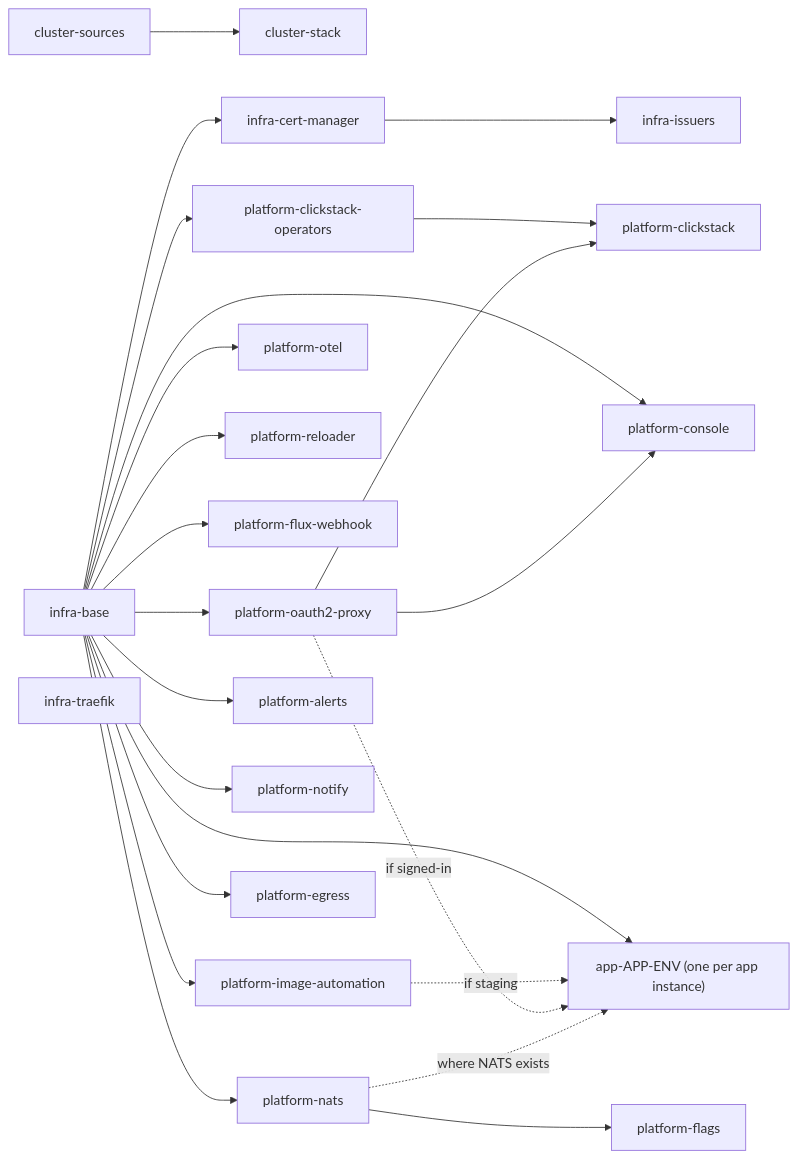
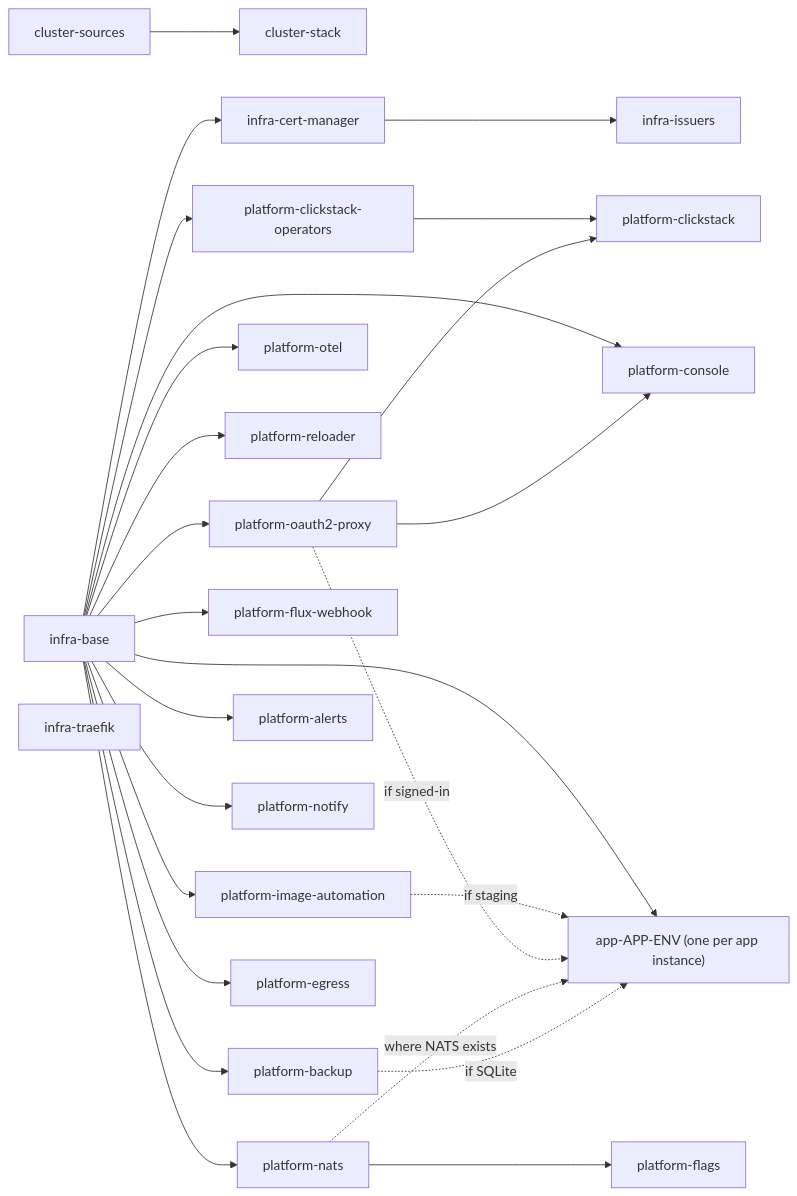
Before and after one commit to samclement/swhurl-platform: the second of 6 diagrams in docs/architecture.md, drawn with Mermaid. The commit also changed 7 other files, not shown here.

````diff
--- a/docs/architecture.md
+++ b/docs/architecture.md
@@ -63,23 +63,25 @@
 ```mermaid
 flowchart LR
   sources[cluster-sources] --> stack[cluster-stack]
   base[infra-base] --> cm[infra-cert-manager] --> issuers[infra-issuers]
   base --> auth[platform-oauth2-proxy]
   base --> ops[platform-clickstack-operators] --> clickstack[platform-clickstack]
   auth --> clickstack
   base --> otel[platform-otel]
   base --> reloader[platform-reloader]
+  base --> backup[platform-backup]
   base --> webhook[platform-flux-webhook]
   base --> imageauto[platform-image-automation]
   base --> alerts[platform-alerts]
   base --> notify[platform-notify]
   base --> console[platform-console]
   auth --> console
   base --> nats[platform-nats] --> flags[platform-flags]
   base --> egress[platform-egress]
   traefik[infra-traefik]
   base --> app["app-APP-ENV (one per app instance)"]
   imageauto -. if staging .-> app
   auth -. if signed-in .-> app
   nats -. where NATS exists .-> app
+  backup -. if SQLite .-> app
 ```
````
